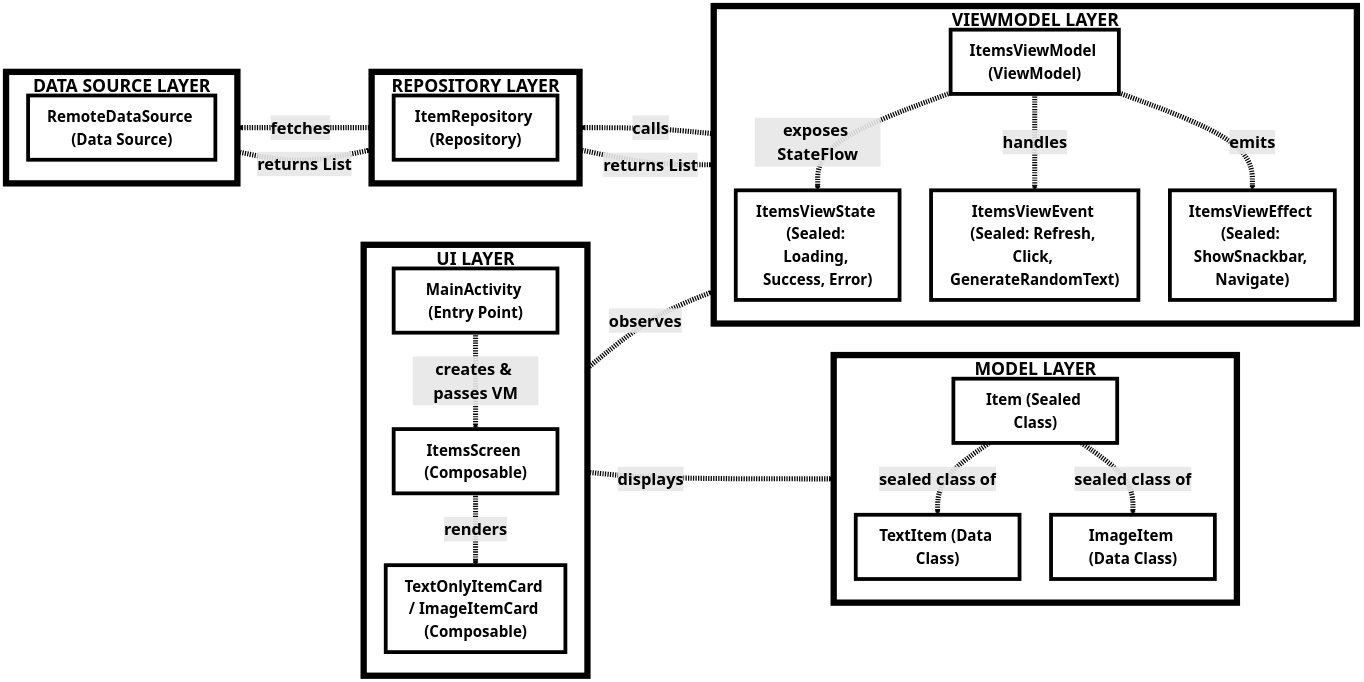
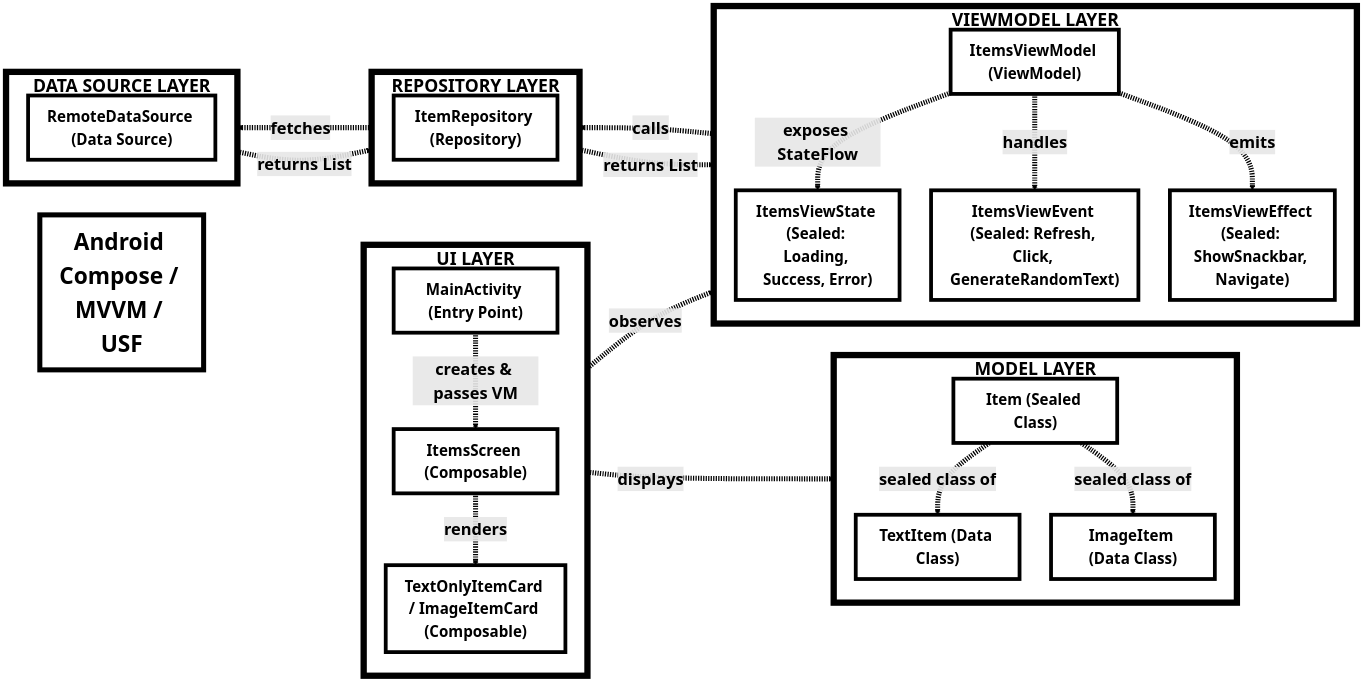
The diagram in diagrams/architectural/mvvmWithComposeAndUsf.mmd (free5ty1e/android-coding-reference), drawn with Mermaid before and after one commit.

```diff
--- a/diagrams/architectural/mvvmWithComposeAndUsf.mmd
+++ b/diagrams/architectural/mvvmWithComposeAndUsf.mmd
@@ -1,62 +1,67 @@
 flowchart LR
+    %% TITLE
+    title["Android Compose / MVVM / USF"]
+    
     %% UI LAYER
     subgraph UI["UI LAYER"]
         direction TB
         MainActivity["MainActivity (Entry Point)"]
         ItemsScreen["ItemsScreen (Composable)"]
         ItemCard["TextOnlyItemCard / ImageItemCard (Composable)"]
     end
     
     %% VIEWMODEL LAYER  
     subgraph VM["VIEWMODEL LAYER"]
         direction TB
         ItemsViewModel["ItemsViewModel (ViewModel)"]
         ViewState["ItemsViewState (Sealed: Loading, Success, Error)"]
         ViewEvent["ItemsViewEvent (Sealed: Refresh, Click, GenerateRandomText)"]
         ViewEffect["ItemsViewEffect (Sealed: ShowSnackbar, Navigate)"]
     end
     
     %% REPOSITORY LAYER
     subgraph REPO["REPOSITORY LAYER"]
         direction TB
         ItemRepository["ItemRepository (Repository)"]
     end
     
     %% DATA SOURCE LAYER
     subgraph DS["DATA SOURCE LAYER"]
         direction TB
         RemoteDataSource["RemoteDataSource (Data Source)"]
     end
     
     %% MODEL LAYER
     subgraph MODEL["MODEL LAYER"]
         direction TB
         Item["Item (Sealed Class)"]
         TextItem["TextItem (Data Class)"]
         ImageItem["ImageItem (Data Class)"]
     end
     
     %% CONNECTIONS - USING DIFFERENT ARROW STYLES FOR BETTER VISIBILITY
     MainActivity -.->|"creates & passes VM"| ItemsScreen
     ItemsScreen -.->|"observes"| ItemsViewModel
     ItemsScreen -.->|"renders"| ItemCard
     ItemCard -.->|"displays"| Item
     ItemsViewModel -.->|"exposes StateFlow"| ViewState
     ItemsViewModel -.->|"handles"| ViewEvent  
     ItemsViewModel -.->|"emits"| ViewEffect
     ItemsViewModel -.->|"calls"| ItemRepository
     ItemRepository -.->|"fetches"| RemoteDataSource
     RemoteDataSource -.->|"returns List<Item>"| ItemRepository
     ItemRepository -.->|"returns List<Item>"| ItemsViewModel
     Item -.->|"sealed class of"| TextItem
     Item -.->|"sealed class of"| ImageItem
     
     %% STYLING - LARGER TEXT FOR BETTER UTILIZATION
     classDef nodeStyle fill:#ffffff,stroke:#000000,stroke-width:6px,color:#000000,font-size:24px,font-weight:bold
     classDef groupStyle fill:#ffffff,stroke:#000000,stroke-width:10px,color:#000000,font-size:28px,font-weight:bold
+    classDef titleStyle fill:#ffffff,stroke:#000000,stroke-width:8px,color:#000000,font-size:36px,font-weight:bold
     
     class MainActivity,ItemsScreen,ItemCard,ItemsViewModel,ViewState,ViewEvent,ViewEffect,ItemRepository,RemoteDataSource,Item,TextItem,ImageItem nodeStyle
     class UI,VM,REPO,DS,MODEL groupStyle
+    class title titleStyle
     
     %% THICK ARROW LINES AND LARGE ARROW TEXT
     linkStyle default stroke:#000000,stroke-width:8px,color:#000000,font-size:26px,font-weight:bold
```
